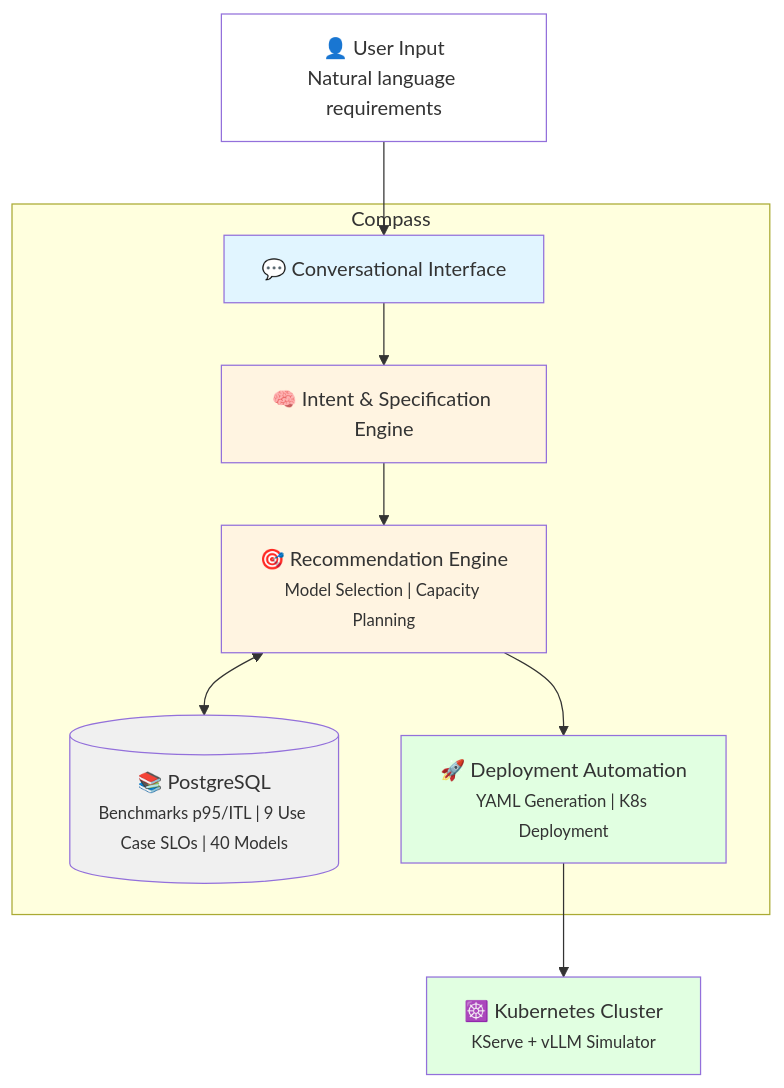
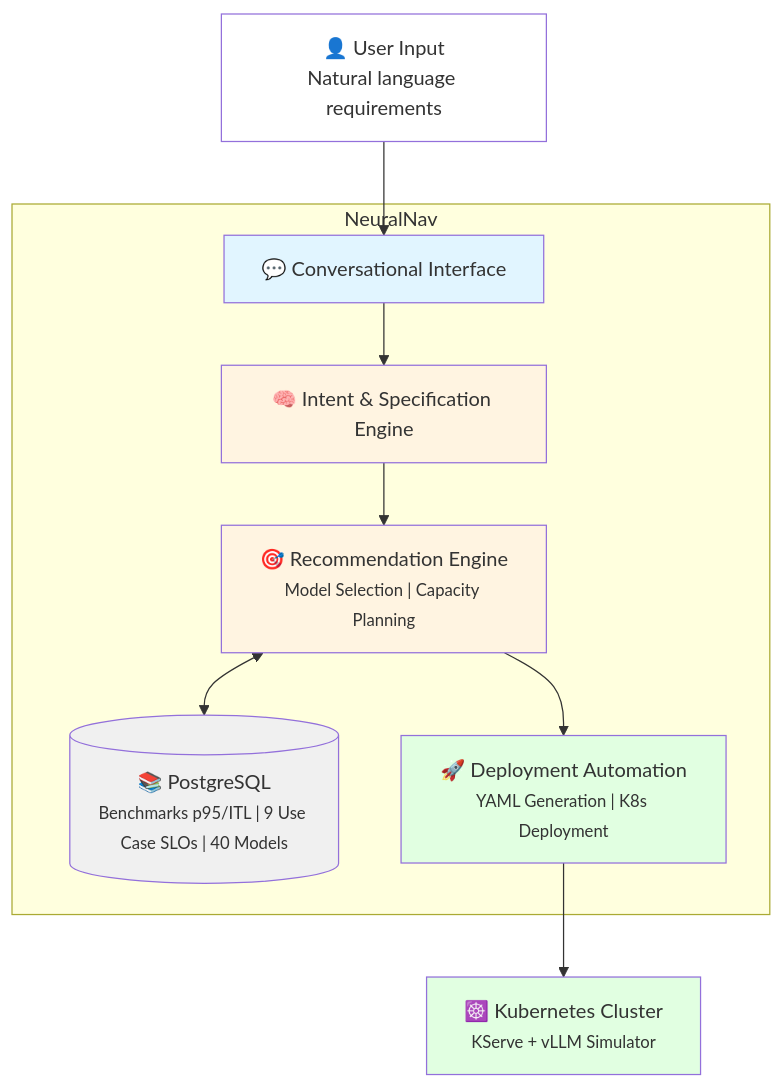
One commit to redhat-et/compass changed the fourth of 4 diagrams in docs/simplified-architecture-diagram.md. Above: the diagram before and after it, drawn with Mermaid. The commit also changed 40 other files, not shown here.

First line of the commit message:
refactor: Rename to NeuralNav and remove Red Hat branding

````diff
--- a/docs/simplified-architecture-diagram.md
+++ b/docs/simplified-architecture-diagram.md
@@ -102,29 +102,29 @@
 ```mermaid
 graph TB
     User["👤 User Input<br/>Natural language requirements"]
 
-    subgraph "Compass"
+    subgraph "NeuralNav"
         Chat["💬 Conversational Interface"]
         Intent["🧠 Intent & Specification Engine"]
         Rec["🎯 Recommendation Engine<br/><small>Model Selection | Capacity Planning</small>"]
         KB[("📚 PostgreSQL<br/><small>Benchmarks p95/ITL | 9 Use Case SLOs | 40 Models</small>")]
         Deploy["🚀 Deployment Automation<br/><small>YAML Generation | K8s Deployment</small>"]
     end
 
     K8S["☸️ Kubernetes Cluster<br/><small>KServe + vLLM Simulator</small>"]
 
     User --> Chat
     Chat --> Intent
     Intent --> Rec
     Rec <--> KB
     Rec --> Deploy
     Deploy --> K8S
 
     style User fill:#fff
     style Chat fill:#e1f5ff
     style Intent fill:#fff4e1
     style Rec fill:#fff4e1
     style KB fill:#f0f0f0
     style Deploy fill:#e1ffe1
     style K8S fill:#e1ffe1
 ```
````
